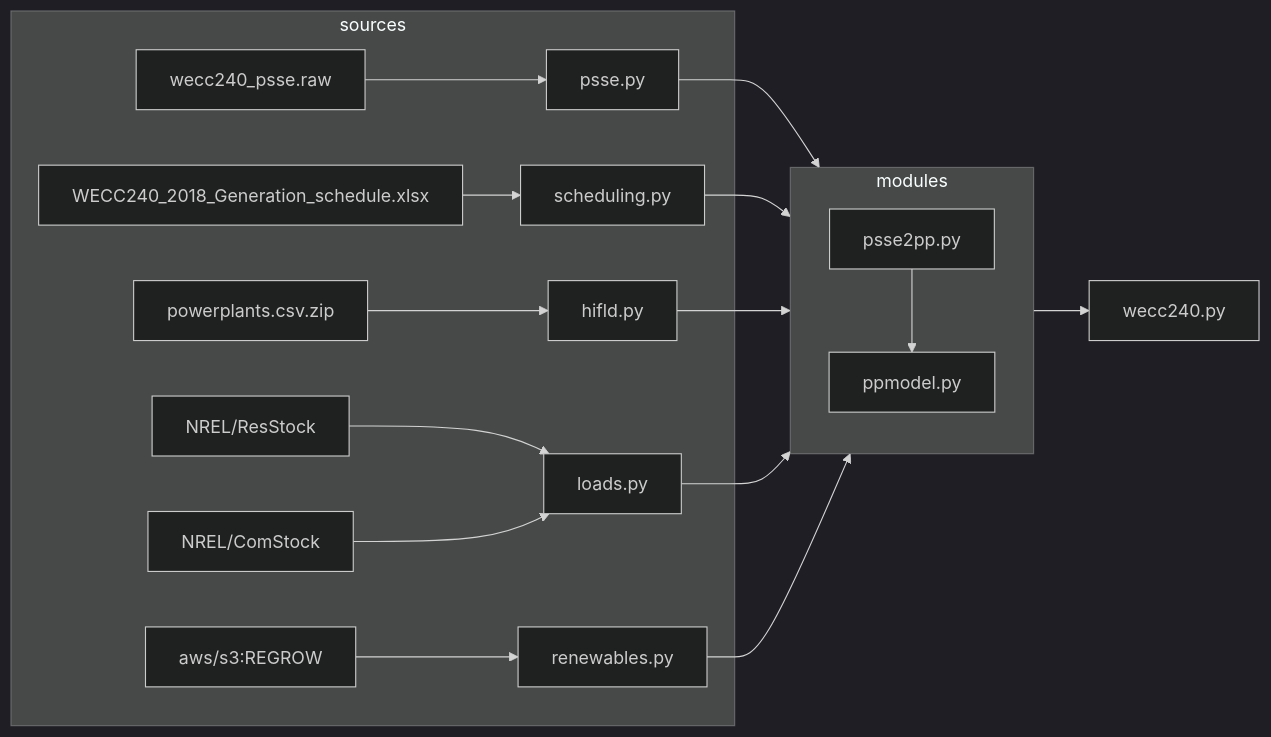
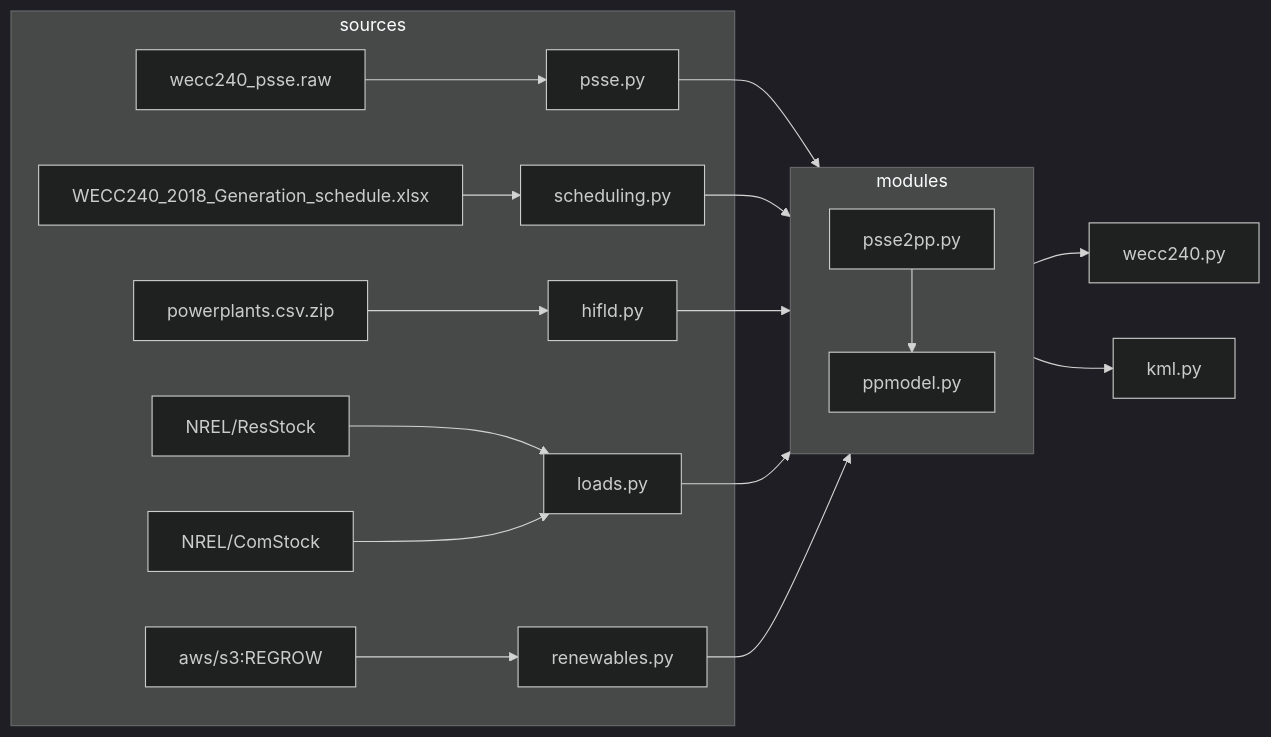
Before and after one commit to slacgismo/regrow: the first of 5 diagrams in pypower/README.md, drawn with Mermaid (dark theme).

````diff
--- a/pypower/README.md
+++ b/pypower/README.md
@@ -44,25 +44,26 @@
 ```mermaid
 flowchart LR
 
     subgraph sources
         wecc240_psse.raw --> psse.py
         WECC240_2018_Generation_schedule.xlsx --> scheduling.py
         powerplants.csv.zip --> hifld.py
         NREL/ResStock --> loads.py
         NREL/ComStock --> loads.py
         aws/s3:REGROW --> renewables.py
     end
 
     subgraph modules
         direction TB
         psse.py --> psse2pp.py
         psse2pp.py --> ppmodel.py
         scheduling.py  --> ppmodel.py
         hifld.py --> ppmodel.py
         loads.py --> ppmodel.py
         renewables.py --> ppmodel.py
         ppmodel.py
     end
 
     ppmodel.py --> wecc240.py
+    ppmodel.py --> kml.py
 ```
````
